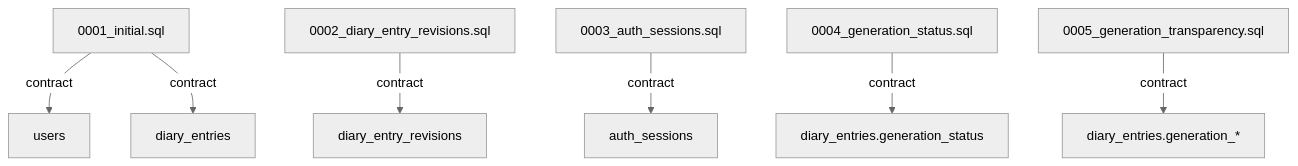
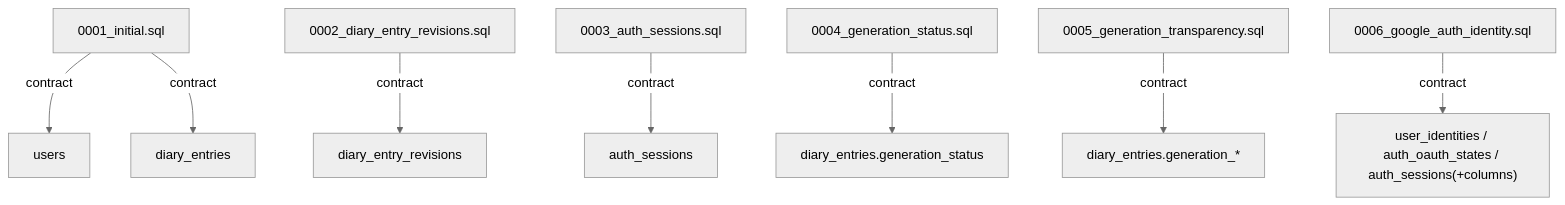
One commit to YotaroMatsui/future_diary changed the diagram in packages/db/src/migrations/README.md. Above: the diagram before and after it, drawn with Mermaid (neutral theme). The commit also changed other lines of this file and 4 other files, not shown here.

Commit message:
docs(auth): update api and db readmes for oauth changes

````diff
--- a/packages/db/src/migrations/README.md
+++ b/packages/db/src/migrations/README.md
@@ -169,9 +174,10 @@
 ```mermaid
 flowchart TD
   SQL["0001_initial.sql"] -->|"contract"| U["users"]
   SQL -->|"contract"| D["diary_entries"]
   SQL2["0002_diary_entry_revisions.sql"] -->|"contract"| DR["diary_entry_revisions"]
   SQL3["0003_auth_sessions.sql"] -->|"contract"| AS["auth_sessions"]
   SQL4["0004_generation_status.sql"] -->|"contract"| GS["diary_entries.generation_status"]
   SQL5["0005_generation_transparency.sql"] -->|"contract"| GT["diary_entries.generation_*"]
+  SQL6["0006_google_auth_identity.sql"] -->|"contract"| UI["user_identities / auth_oauth_states / auth_sessions(+columns)"]
 ```
````
